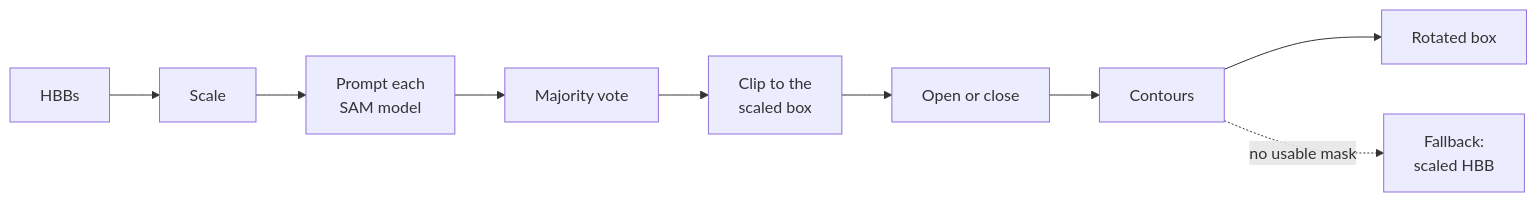
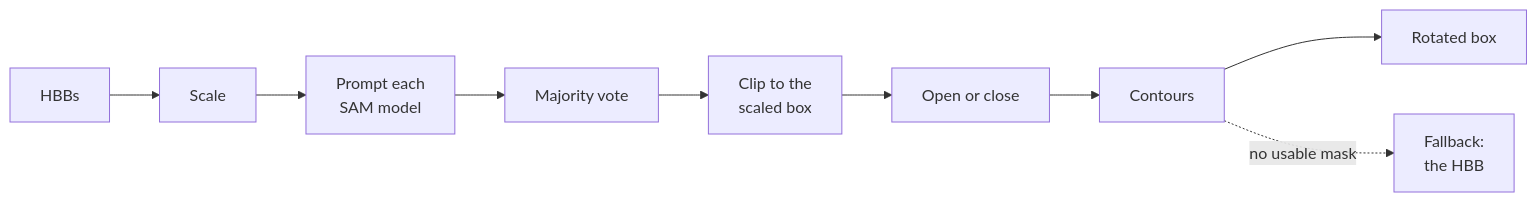
The diagram in docs/guides/how-it-works.md (rfonod/hbb2obb), drawn with Mermaid before and after one commit. The commit also changed other lines of this file and 8 other files, not shown here.

````diff
--- a/docs/guides/how-it-works.md
+++ b/docs/guides/how-it-works.md
@@ -5,11 +5,11 @@
 ```mermaid
 flowchart LR
     A[HBBs] --> B[Scale]
     B --> C[Prompt each<br>SAM model]
     C --> D[Majority vote]
     D --> E[Clip to the<br>scaled box]
     E --> F[Open or close]
     F --> G[Contours]
     G --> H[Rotated box]
-    G -. no usable mask .-> I[Fallback:<br>scaled HBB]
+    G -. no usable mask .-> I[Fallback:<br>the HBB]
 ```
````
